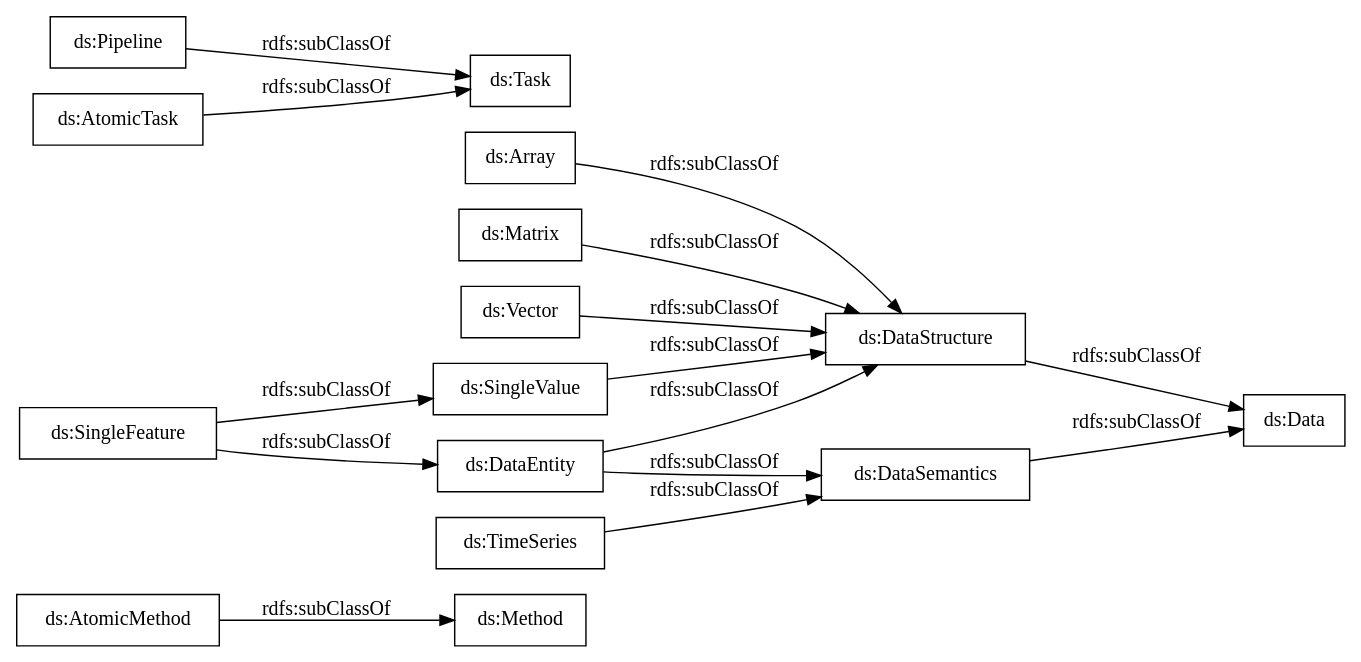
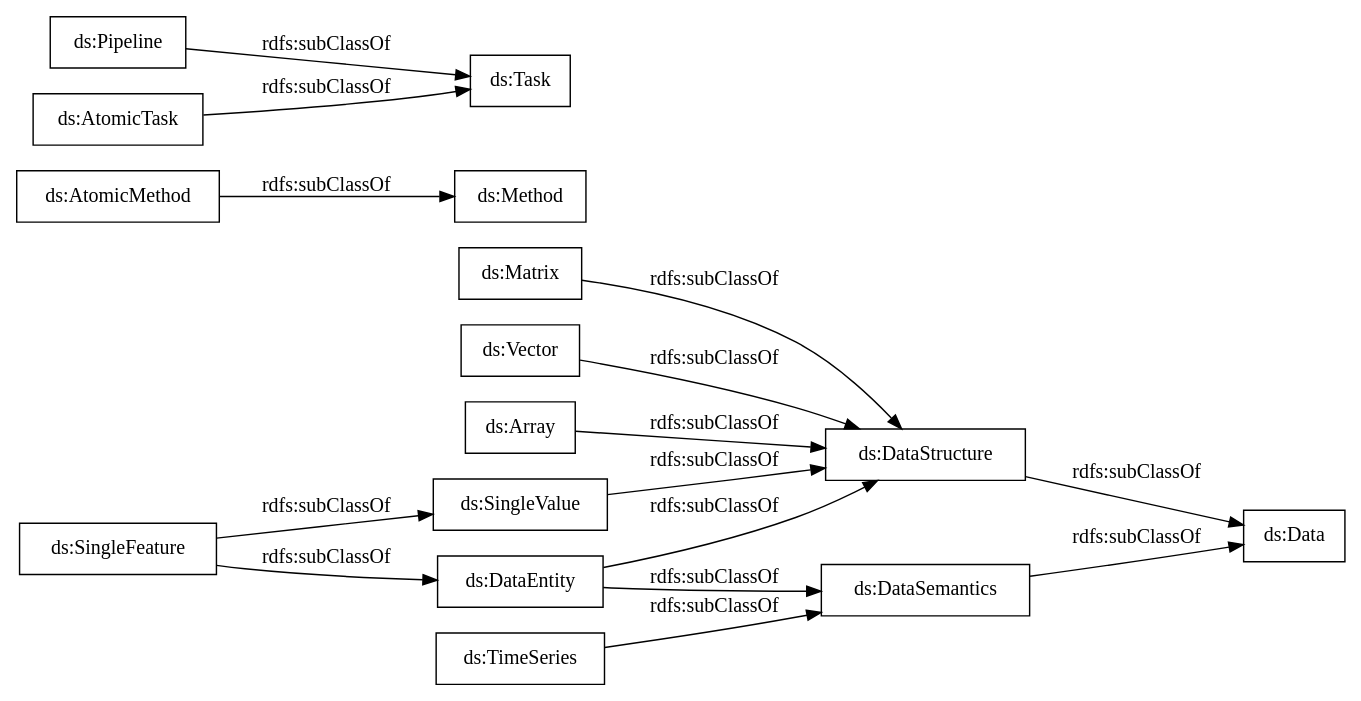
One commit to nsai-uio/ExeKGOntology changed the diagram in OnToology/ds_exeKGOntology.ttl/diagrams/ar2dtool-taxonomy/ds_exeKGOntology.ttl.png.dot. Above: the diagram before and after it, drawn with Graphviz. The commit also changed 12 other files, not shown here.

```diff
--- a/OnToology/ds_exeKGOntology.ttl/diagrams/ar2dtool-taxonomy/ds_exeKGOntology.ttl.png.dot
+++ b/OnToology/ds_exeKGOntology.ttl/diagrams/ar2dtool-taxonomy/ds_exeKGOntology.ttl.png.dot
@@ -1,20 +1,20 @@
 digraph ar2dtool_diagram { 
 rankdir=LR;
 size="1000"
-node [shape = rectangle, color="black"]; "ds:Method" "ds:DataSemantics" "ds:SingleFeature" "ds:DataStructure" "ds:Pipeline" "ds:Vector" "ds:SingleValue" "ds:DataEntity" "ds:AtomicMethod" "ds:Array" "ds:AtomicTask" "ds:TimeSeries" "ds:Matrix" "ds:Data" "ds:Task" ; /*classes style*/
-	"ds:DataSemantics" -> "ds:Data" [ label = "rdfs:subClassOf" ];
+node [shape = rectangle, color="black"]; "ds:Array" "ds:Data" "ds:Method" "ds:Pipeline" "ds:Task" "ds:SingleValue" "ds:Matrix" "ds:DataSemantics" "ds:DataStructure" "ds:AtomicTask" "ds:Vector" "ds:DataEntity" "ds:SingleFeature" "ds:AtomicMethod" "ds:TimeSeries" ; /*classes style*/
+	"ds:TimeSeries" -> "ds:DataSemantics" [ label = "rdfs:subClassOf" ];
+	"ds:Pipeline" -> "ds:Task" [ label = "rdfs:subClassOf" ];
+	"ds:Vector" -> "ds:DataStructure" [ label = "rdfs:subClassOf" ];
+	"ds:SingleFeature" -> "ds:SingleValue" [ label = "rdfs:subClassOf" ];
+	"ds:SingleFeature" -> "ds:DataEntity" [ label = "rdfs:subClassOf" ];
 	"ds:DataEntity" -> "ds:DataStructure" [ label = "rdfs:subClassOf" ];
 	"ds:DataEntity" -> "ds:DataSemantics" [ label = "rdfs:subClassOf" ];
-	"ds:Pipeline" -> "ds:Task" [ label = "rdfs:subClassOf" ];
-	"ds:TimeSeries" -> "ds:DataSemantics" [ label = "rdfs:subClassOf" ];
-	"ds:SingleFeature" -> "ds:SingleValue" [ label = "rdfs:subClassOf" ];
-	"ds:SingleFeature" -> "ds:DataEntity" [ label = "rdfs:subClassOf" ];
+	"ds:Array" -> "ds:DataStructure" [ label = "rdfs:subClassOf" ];
+	"ds:Matrix" -> "ds:DataStructure" [ label = "rdfs:subClassOf" ];
+	"ds:DataStructure" -> "ds:Data" [ label = "rdfs:subClassOf" ];
+	"ds:SingleValue" -> "ds:DataStructure" [ label = "rdfs:subClassOf" ];
+	"ds:AtomicMethod" -> "ds:Method" [ label = "rdfs:subClassOf" ];
 	"ds:AtomicTask" -> "ds:Task" [ label = "rdfs:subClassOf" ];
-	"ds:Matrix" -> "ds:DataStructure" [ label = "rdfs:subClassOf" ];
-	"ds:AtomicMethod" -> "ds:Method" [ label = "rdfs:subClassOf" ];
-	"ds:DataStructure" -> "ds:Data" [ label = "rdfs:subClassOf" ];
-	"ds:Array" -> "ds:DataStructure" [ label = "rdfs:subClassOf" ];
-	"ds:SingleValue" -> "ds:DataStructure" [ label = "rdfs:subClassOf" ];
-	"ds:Vector" -> "ds:DataStructure" [ label = "rdfs:subClassOf" ];
+	"ds:DataSemantics" -> "ds:Data" [ label = "rdfs:subClassOf" ];
 
 }
```
